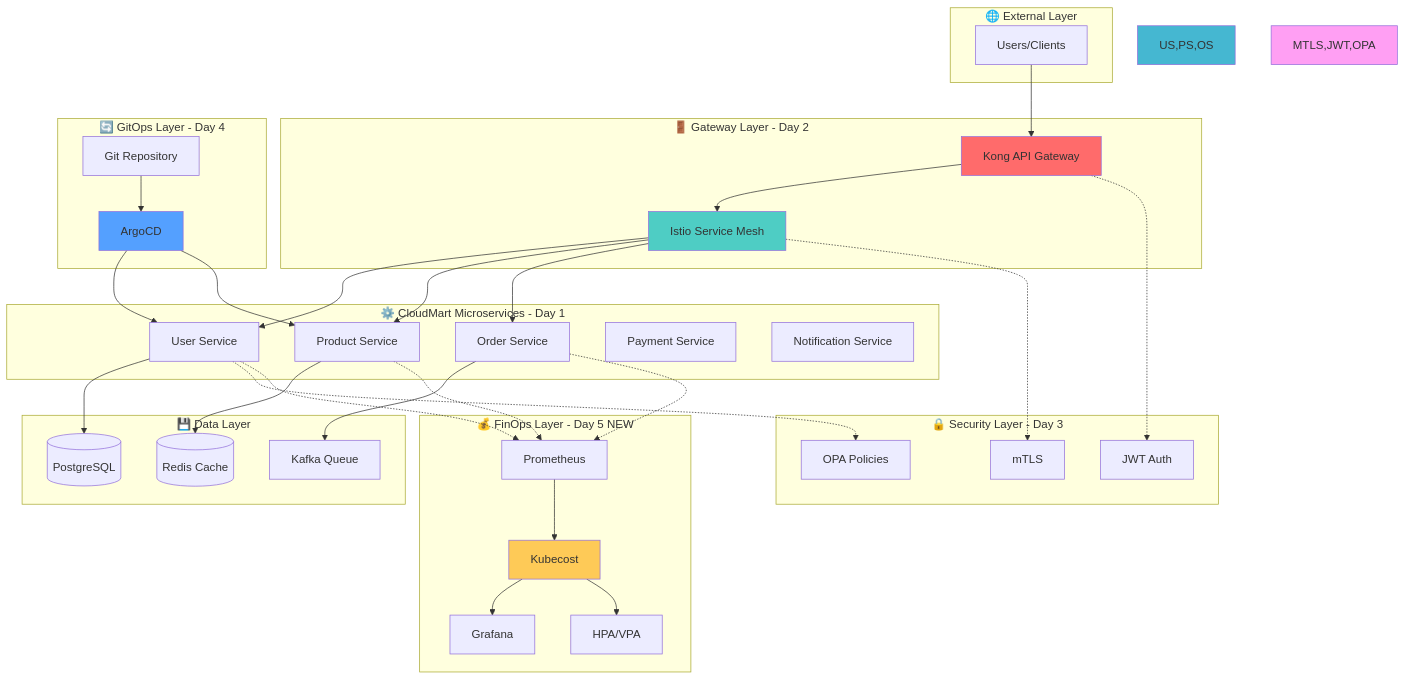
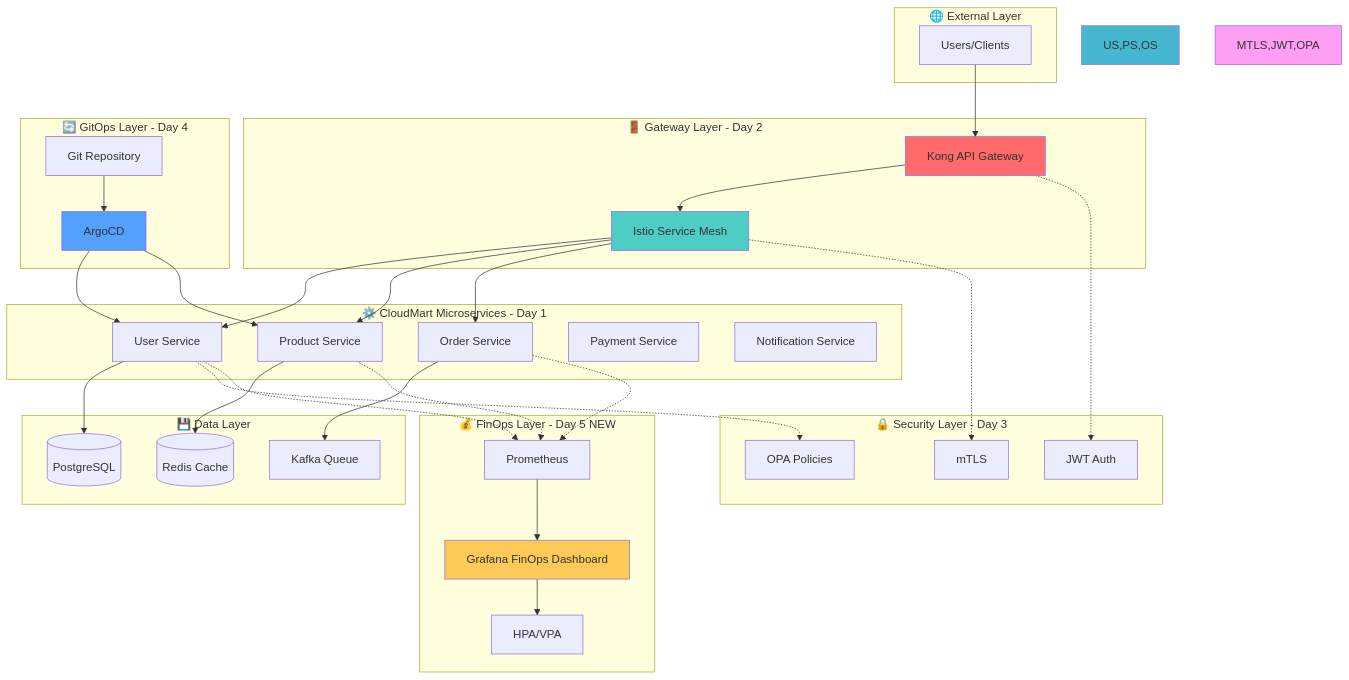
The diagram in theory/week_04/day5/handson_1.md (niceguy61/kdt_devops_lecture_2025), drawn with Mermaid before and after one commit. The commit also changed other lines of this file and 8 other files, not shown here.

````diff
--- a/theory/week_04/day5/handson_1.md
+++ b/theory/week_04/day5/handson_1.md
@@ -40,75 +40,73 @@
 ```mermaid
 graph TB
     subgraph "🌐 External Layer"
         U[Users/Clients]
     end
     
     subgraph "🚪 Gateway Layer - Day 2"
         K[Kong API Gateway]
         I[Istio Service Mesh]
     end
     
     subgraph "⚙️ CloudMart Microservices - Day 1"
         US[User Service]
         PS[Product Service]
         OS[Order Service]
         PY[Payment Service]
         NS[Notification Service]
     end
     
     subgraph "💾 Data Layer"
         DB[(PostgreSQL)]
         REDIS[(Redis Cache)]
         KAFKA[Kafka Queue]
     end
     
     subgraph "🔒 Security Layer - Day 3"
         MTLS[mTLS]
         JWT[JWT Auth]
         OPA[OPA Policies]
     end
     
     subgraph "🔄 GitOps Layer - Day 4"
         GIT[Git Repository]
         ARGO[ArgoCD]
     end
     
     subgraph "💰 FinOps Layer - Day 5 NEW"
-        KUBE[Kubecost]
         PROM[Prometheus]
-        GRAF[Grafana]
+        GRAF[Grafana FinOps Dashboard]
         HPA[HPA/VPA]
     end
     
     U --> K
     K --> I
     I --> US
     I --> PS
     I --> OS
     
     US --> DB
     PS --> REDIS
     OS --> KAFKA
     
     I -.-> MTLS
     K -.-> JWT
     US -.-> OPA
     
     GIT --> ARGO
     ARGO --> US
     ARGO --> PS
     
     US -.-> PROM
     PS -.-> PROM
     OS -.-> PROM
-    PROM --> KUBE
-    KUBE --> GRAF
-    KUBE --> HPA
+    PROM --> GRAF
+    GRAF --> HPA
     
     style K fill:#ff6b6b
     style I fill:#4ecdc4
     style US,PS,OS fill:#45b7d1
     style MTLS,JWT,OPA fill:#ff9ff3
     style ARGO fill:#54a0ff
-    style KUBE fill:#feca57
+    style GRAF fill:#feca57
 ```
````
